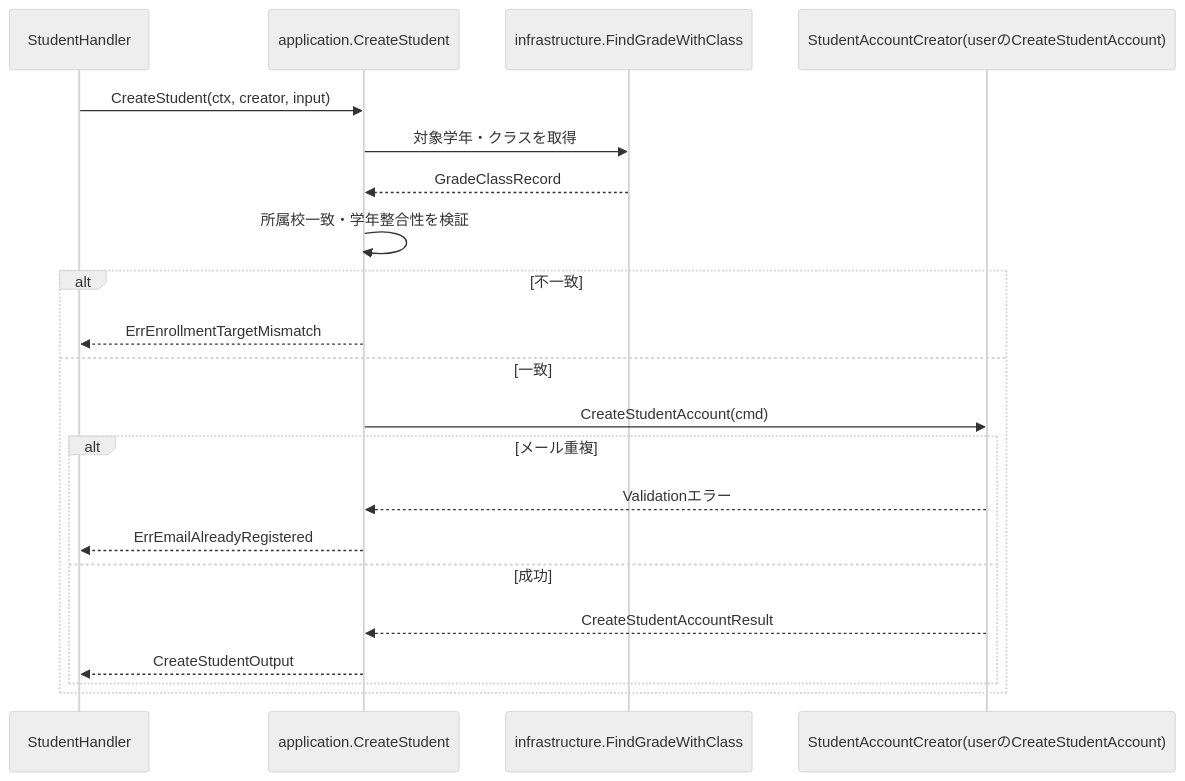
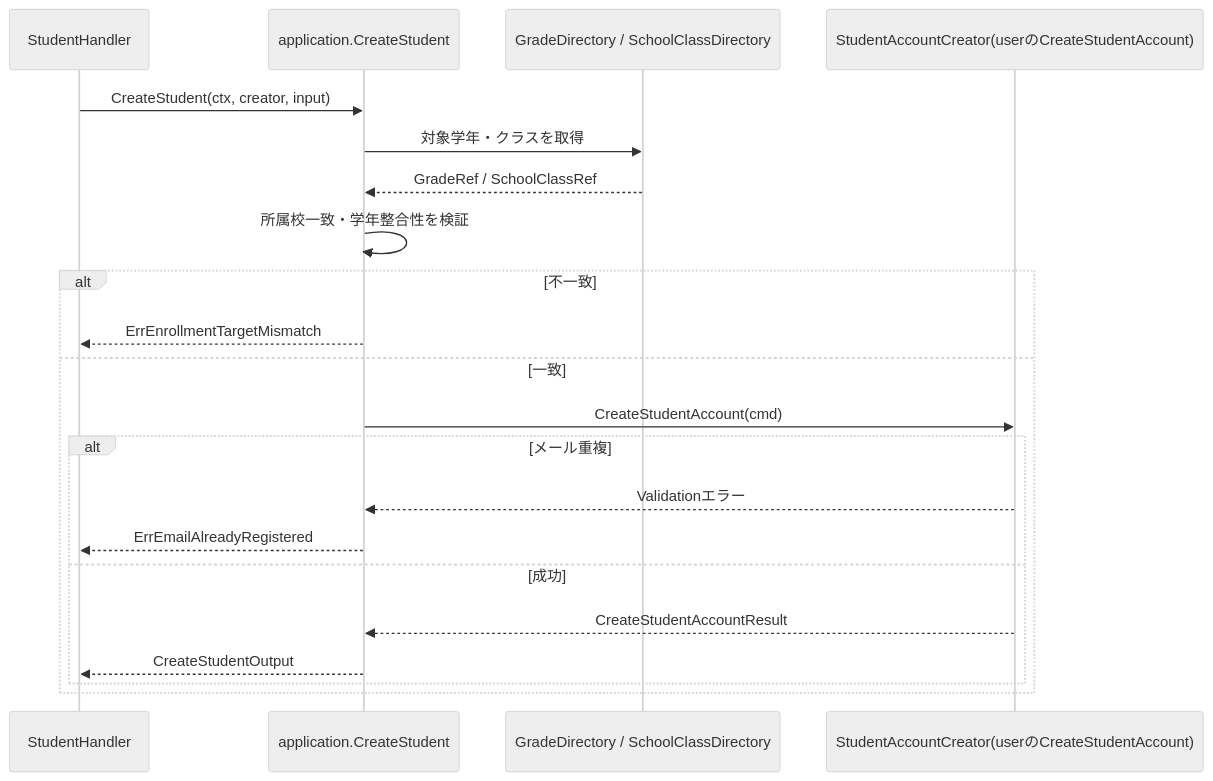
The first of 2 diagrams in 計画書/Go実装仕様書/教師生徒参照機能_Go実装仕様書.md (yuta20253/edu-platform-go-design), drawn with Mermaid (neutral theme) before and after one commit. The commit also changed other lines of this file and 11 other files, not shown here.

````diff
--- a/計画書/Go実装仕様書/教師生徒参照機能_Go実装仕様書.md
+++ b/計画書/Go実装仕様書/教師生徒参照機能_Go実装仕様書.md
@@ -305,24 +335,24 @@
 ```mermaid
 sequenceDiagram
     participant H as StudentHandler
     participant A as application.CreateStudent
-    participant GQ as infrastructure.FindGradeWithClass
+    participant GQ as GradeDirectory / SchoolClassDirectory
     participant SC as StudentAccountCreator(userのCreateStudentAccount)
 
     H->>A: CreateStudent(ctx, creator, input)
     A->>GQ: 対象学年・クラスを取得
-    GQ-->>A: GradeClassRecord
+    GQ-->>A: GradeRef / SchoolClassRef
     A->>A: 所属校一致・学年整合性を検証
     alt 不一致
         A-->>H: ErrEnrollmentTargetMismatch
     else 一致
         A->>SC: CreateStudentAccount(cmd)
         alt メール重複
             SC-->>A: Validationエラー
             A-->>H: ErrEmailAlreadyRegistered
         else 成功
             SC-->>A: CreateStudentAccountResult
             A-->>H: CreateStudentOutput
         end
     end
 ```
````
